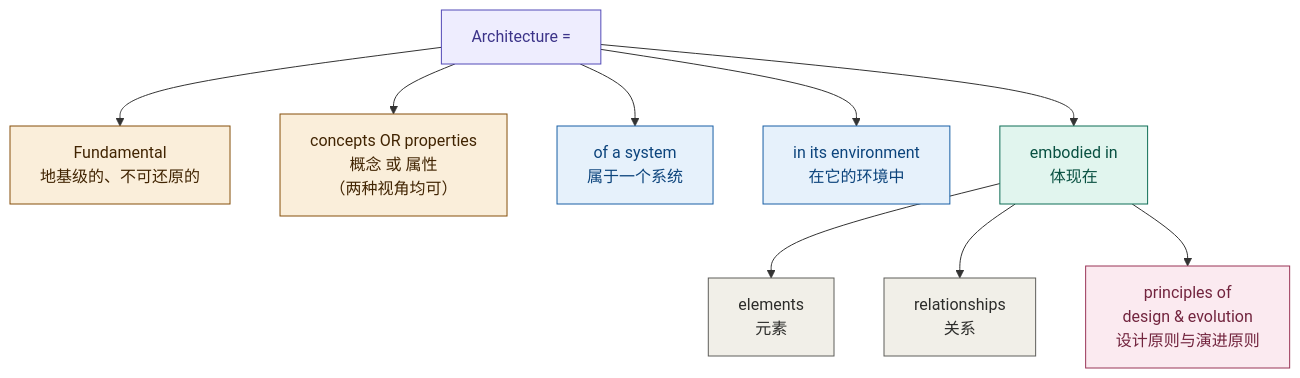
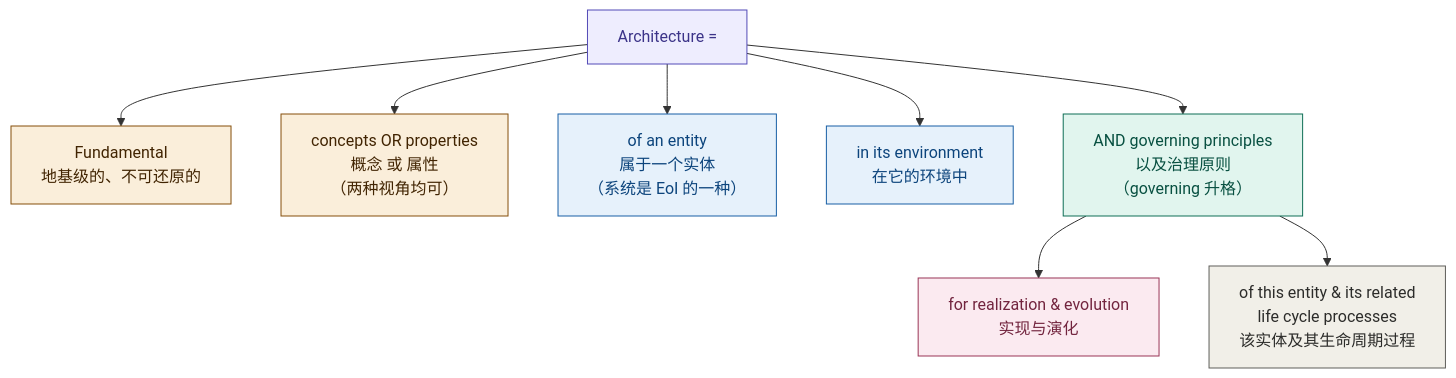
One commit to Yongjunzhou/AOS-system-design changed diagram 14 of 24 in 50-research/00-系统工程相关研究报告/07-架构概念研究报告-从概念设计到架构.md. Above: the diagram before and after it, drawn with Mermaid. The commit also changed other lines of this file and 11 other files, not shown here.

````diff
--- a/50-research/00-系统工程相关研究报告/07-架构概念研究报告-从概念设计到架构.md
+++ b/50-research/00-系统工程相关研究报告/07-架构概念研究报告-从概念设计到架构.md
@@ -496,21 +498,19 @@
 ```mermaid
 flowchart TD
     A["Architecture ="]
     A --> B["Fundamental<br/>地基级的、不可还原的"]
     A --> C["concepts OR properties<br/>概念 或 属性<br/>（两种视角均可）"]
-    A --> D["of a system<br/>属于一个系统"]
+    A --> D["of an entity<br/>属于一个实体<br/>（系统是 EoI 的一种）"]
     A --> E["in its environment<br/>在它的环境中"]
-    A --> F["embodied in<br/>体现在"]
-    F --> G["elements<br/>元素"]
-    F --> H["relationships<br/>关系"]
-    F --> I["principles of<br/>design & evolution<br/>设计原则与演进原则"]
+    A --> F["AND governing principles<br/>以及治理原则<br/>（governing 升格）"]
+    F --> G["for realization & evolution<br/>实现与演化"]
+    F --> H["of this entity & its related<br/>life cycle processes<br/>该实体及其生命周期过程"]
     style A fill:#EEEDFE,stroke:#534AB7,color:#3C3489
     style B fill:#FAEEDA,stroke:#854F0B,color:#412402
     style C fill:#FAEEDA,stroke:#854F0B,color:#412402
     style D fill:#E6F1FB,stroke:#185FA5,color:#0C447C
     style E fill:#E6F1FB,stroke:#185FA5,color:#0C447C
     style F fill:#E1F5EE,stroke:#0F6E56,color:#085041
-    style G fill:#F1EFE8,stroke:#5F5E5A,color:#2C2C2A
+    style G fill:#FBEAF0,stroke:#993556,color:#72243E
     style H fill:#F1EFE8,stroke:#5F5E5A,color:#2C2C2A
-    style I fill:#FBEAF0,stroke:#993556,color:#72243E
 ```
````
